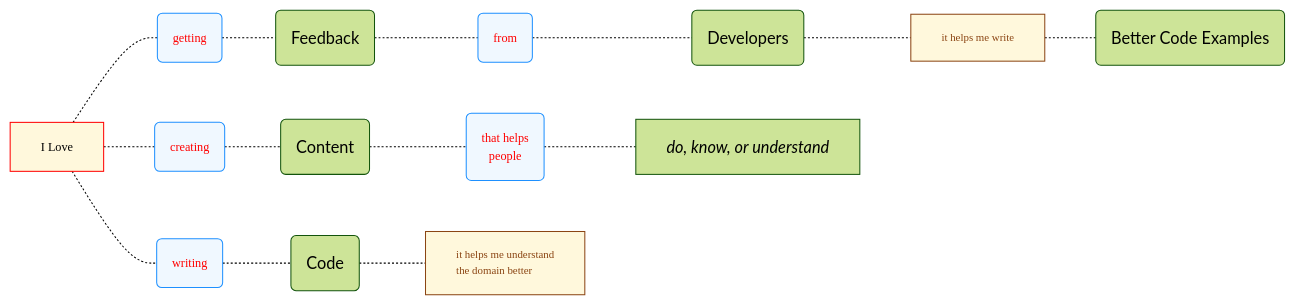
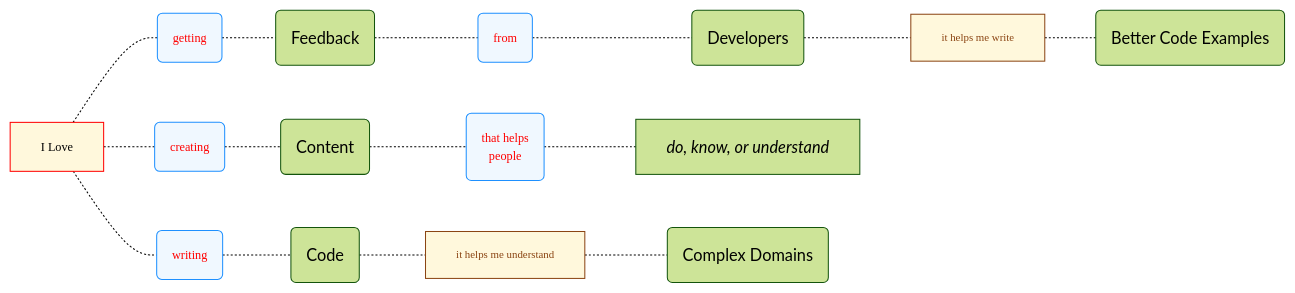
One commit to joe-dorward/samples changed the first of 2 diagrams in overview.md. Above: the diagram before and after it, drawn with Mermaid.

````diff
--- a/overview.md
+++ b/overview.md
@@ -1,57 +1,56 @@
 ```mermaid
 %%{init: { "theme":"forest"} }%%
 flowchart LR
   classDef Compact font-family:verdana, font-size:7.5pt, text-align:left;
   classDef Variables fill:white, stroke:white, font-family:courier new, font-size:10pt;
   classDef Object fill:white, stroke:white, font-family:verdana, font-size:9pt;
 
   classDef Start fill:cornsilk, stroke:red, font-family:verdana, font-size:9pt;
 
   classDef Verb fill:aliceblue, color:red, stroke:dodgerblue, font-family:verdana, font-size:9pt;
 
 I_LOVE["I Love"]:::Start
 CODE("Code")
 BETTER_CODE_EXAMPLES("Better Code Examples")
 CONTENT("Content")
 DEVELOPERS("Developers")
 FEEDBACK("Feedback")
 
 DO_KNOW_UNDERSTAND["`*do, know, or understand*`"]
 style DO_KNOW_UNDERSTAND text-align:left
 
-
+COMPLEX_DOMAINS("Complex Domains")
 %% DOING ==========
 
 CREATING("creating")
 GETTING("getting")
 FROM("from")
 WRITING("writing")
 
 THAT_HELPS_PEOPLE("that helps
   people")
 
 class CREATING,GETTING,FROM,WRITING,THAT_HELPS_PEOPLE Verb;
 
 
 
 %% NOTES ==========
 classDef Note fill:cornsilk, stroke:saddlebrown, color:saddlebrown, font-family:verdana, font-size:8pt, text-align:left;
 
-UNDERSTAND_DOMAIN["it helps me understand
-  the domain better"]
+UNDERSTAND["it helps me understand"]
 
 HELPS_ME_WRITE[it helps me write]
 
 
-class UNDERSTAND_DOMAIN,HELPS_ME_WRITE Note;
+class UNDERSTAND,HELPS_ME_WRITE Note;
 %% CONNECTING ==========
 
 I_LOVE-.-CREATING-.-CONTENT-.-THAT_HELPS_PEOPLE-.-DO_KNOW_UNDERSTAND
 
-I_LOVE-.-WRITING-.-CODE-.-UNDERSTAND_DOMAIN
+I_LOVE-.-WRITING-.-CODE-.-UNDERSTAND-.-COMPLEX_DOMAINS
 
 I_LOVE-.-GETTING-.-FEEDBACK-.-FROM-.-DEVELOPERS-.-HELPS_ME_WRITE-.-BETTER_CODE_EXAMPLES
 
 
 
 ```
````
